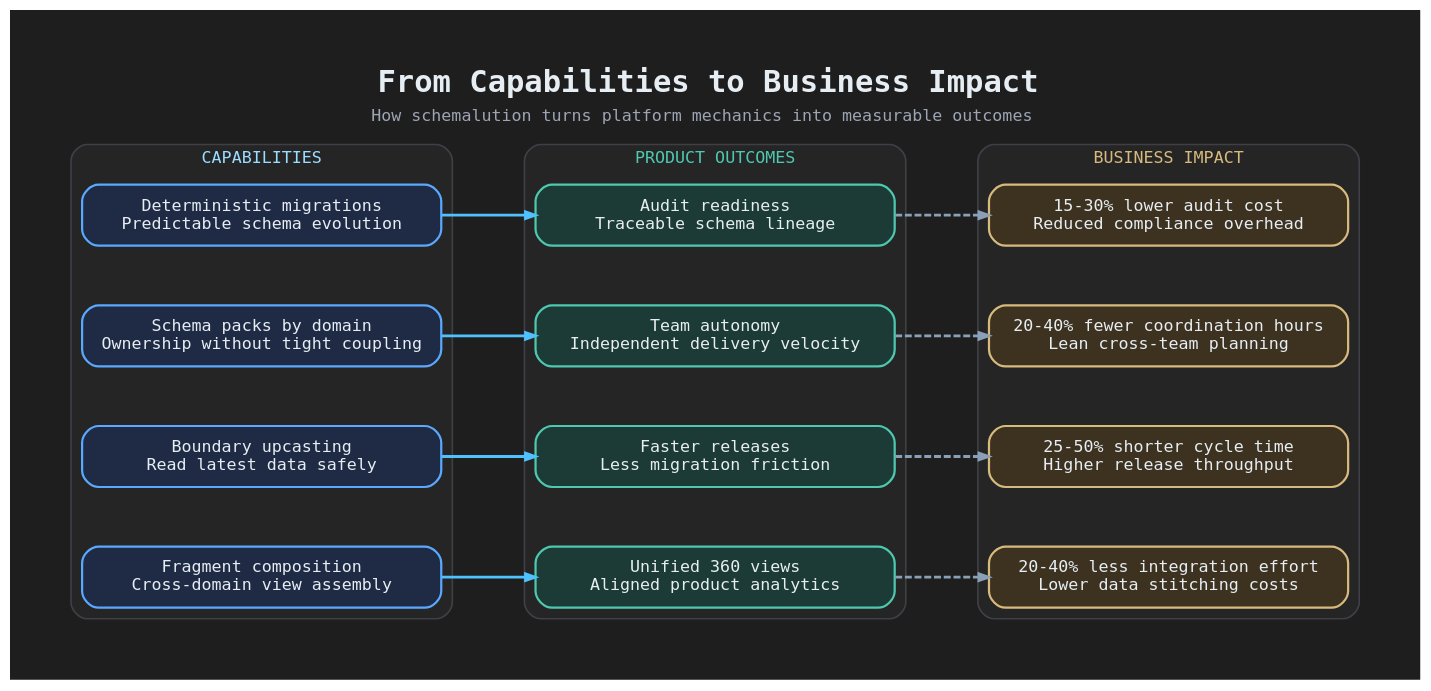
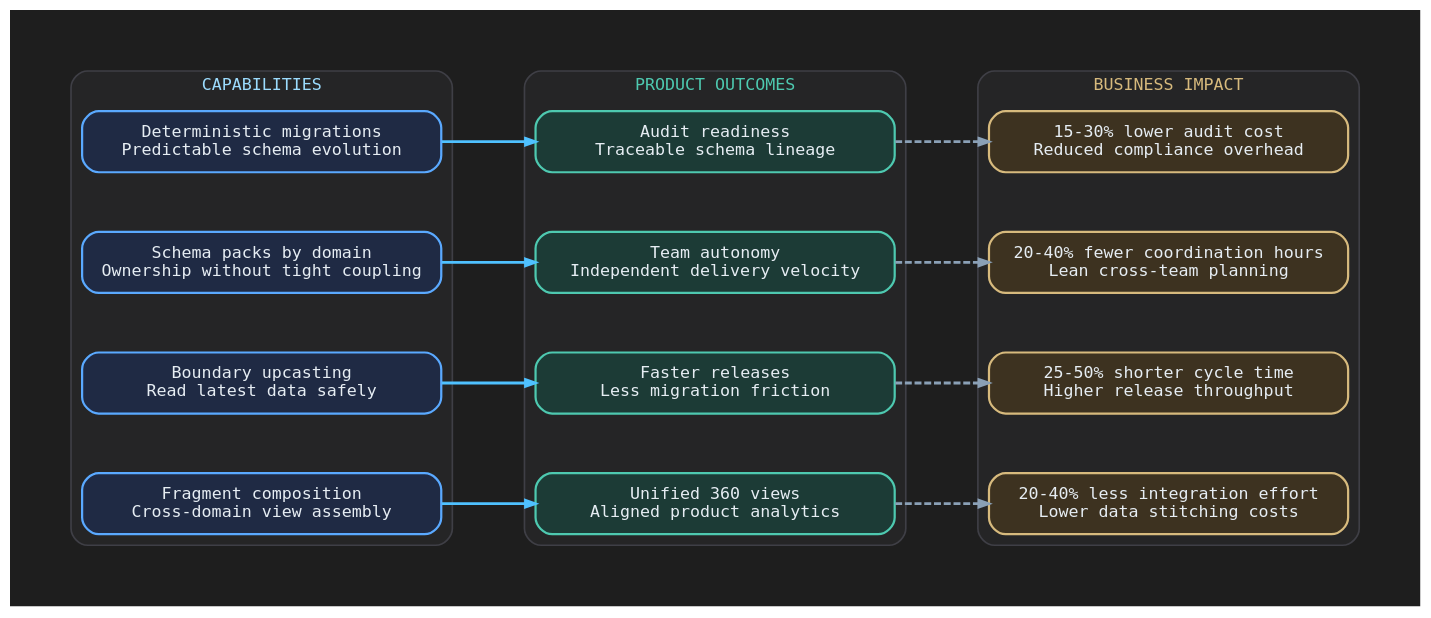
One commit to cronologi/schemalution changed the diagram in assets/diagrams/capabilities-outcomes.dot. Above: the diagram before and after it, drawn with Graphviz. The commit also changed 16 other files, not shown here.

```diff
--- a/assets/diagrams/capabilities-outcomes.dot
+++ b/assets/diagrams/capabilities-outcomes.dot
@@ -1,100 +1,93 @@
 digraph capabilities_outcomes {
   graph [
     rankdir=LR,
     bgcolor="#1E1E1E",
     pad="0.50",
     nodesep="0.60",
     ranksep="0.95",
     fontname="Cascadia Code, DejaVu Sans Mono, Noto Mono",
-    fontsize=15,
-    labelloc="t",
-    label=<
-      <TABLE BORDER="0" CELLBORDER="0" CELLPADDING="2" CELLSPACING="0">
-        <TR><TD><FONT POINT-SIZE="22" COLOR="#E6EDF3"><B>From Capabilities to Business Impact</B></FONT></TD></TR>
-        <TR><TD><FONT POINT-SIZE="12" COLOR="#9DA5B4">How schemalution turns platform mechanics into measurable outcomes</FONT></TD></TR>
-      </TABLE>
-    >
+    fontsize=15
   ];
 
   node [
     shape=box,
     style="rounded,filled",
     penwidth=1.6,
     fontname="Cascadia Code, DejaVu Sans Mono, Noto Mono",
     fontsize=12,
     color="#3F3F46",
     fontcolor="#E6EDF3",
     margin="0.12,0.12",
     width=3.6
   ];
 
   edge [
     color="#4FC1FF",
     penwidth=2,
     arrowsize=0.7
   ];
 
   subgraph cluster_capabilities {
     label="CAPABILITIES";
     labelloc=t;
     labeljust=c;
     fontsize=12;
     fontname="Cascadia Code, DejaVu Sans Mono, Noto Mono";
     fontcolor="#9CDCFE";
     color="#3F3F46";
     fillcolor="#252526";
     style="rounded,filled";
     penwidth=1.2;
 
     C1 [fillcolor="#1F2A44", color="#5AA9FF", label="Deterministic migrations\nPredictable schema evolution"];
     C2 [fillcolor="#1F2A44", color="#5AA9FF", label="Schema packs by domain\nOwnership without tight coupling"];
     C3 [fillcolor="#1F2A44", color="#5AA9FF", label="Boundary upcasting\nRead latest data safely"];
     C4 [fillcolor="#1F2A44", color="#5AA9FF", label="Fragment composition\nCross-domain view assembly"];
   }
 
   subgraph cluster_outcomes {
     label="PRODUCT OUTCOMES";
     labelloc=t;
     labeljust=c;
     fontsize=12;
     fontname="Cascadia Code, DejaVu Sans Mono, Noto Mono";
     fontcolor="#4EC9B0";
     color="#3F3F46";
     fillcolor="#252526";
     style="rounded,filled";
     penwidth=1.2;
 
     O1 [fillcolor="#1C3B36", color="#4EC9B0", label="Audit readiness\nTraceable schema lineage"];
     O2 [fillcolor="#1C3B36", color="#4EC9B0", label="Team autonomy\nIndependent delivery velocity"];
     O3 [fillcolor="#1C3B36", color="#4EC9B0", label="Faster releases\nLess migration friction"];
     O4 [fillcolor="#1C3B36", color="#4EC9B0", label="Unified 360 views\nAligned product analytics"];
   }
 
   subgraph cluster_impact {
     label="BUSINESS IMPACT";
     labelloc=t;
     labeljust=c;
     fontsize=12;
     fontname="Cascadia Code, DejaVu Sans Mono, Noto Mono";
     fontcolor="#D7BA7D";
     color="#3F3F46";
     fillcolor="#252526";
     style="rounded,filled";
     penwidth=1.2;
 
     I1 [fillcolor="#3D3220", color="#D7BA7D", label="15-30% lower audit cost\nReduced compliance overhead"];
     I2 [fillcolor="#3D3220", color="#D7BA7D", label="20-40% fewer coordination hours\nLean cross-team planning"];
     I3 [fillcolor="#3D3220", color="#D7BA7D", label="25-50% shorter cycle time\nHigher release throughput"];
     I4 [fillcolor="#3D3220", color="#D7BA7D", label="20-40% less integration effort\nLower data stitching costs"];
   }
 
   C1 -> O1;
   C2 -> O2;
   C3 -> O3;
   C4 -> O4;
 
   O1 -> I1 [style=dashed, color="#8AA0B6", penwidth=2];
   O2 -> I2 [style=dashed, color="#8AA0B6", penwidth=2];
   O3 -> I3 [style=dashed, color="#8AA0B6", penwidth=2];
   O4 -> I4 [style=dashed, color="#8AA0B6", penwidth=2];
 }
```
